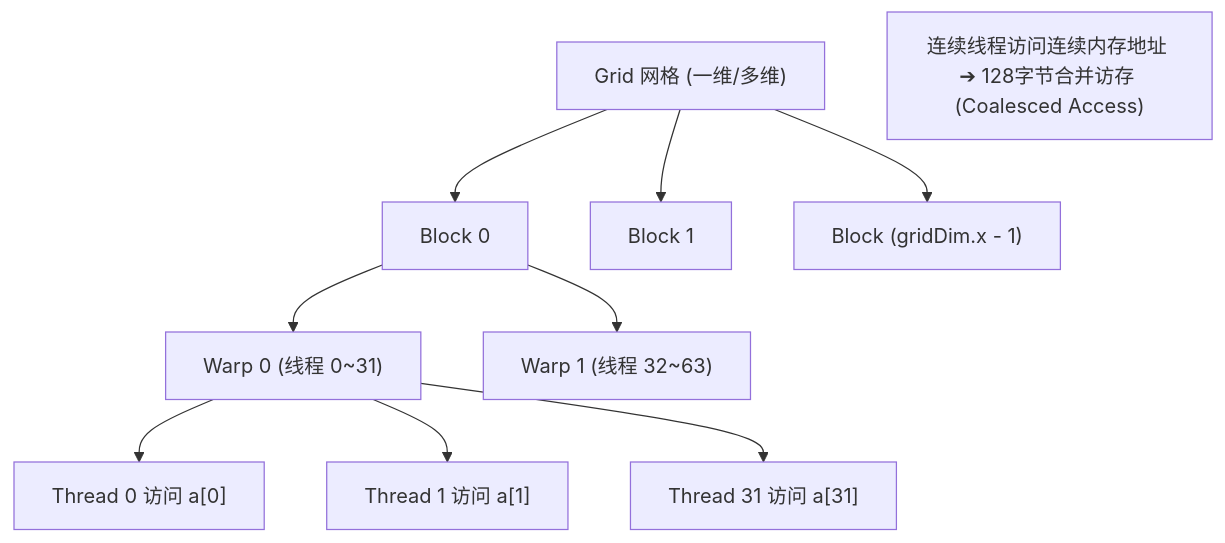
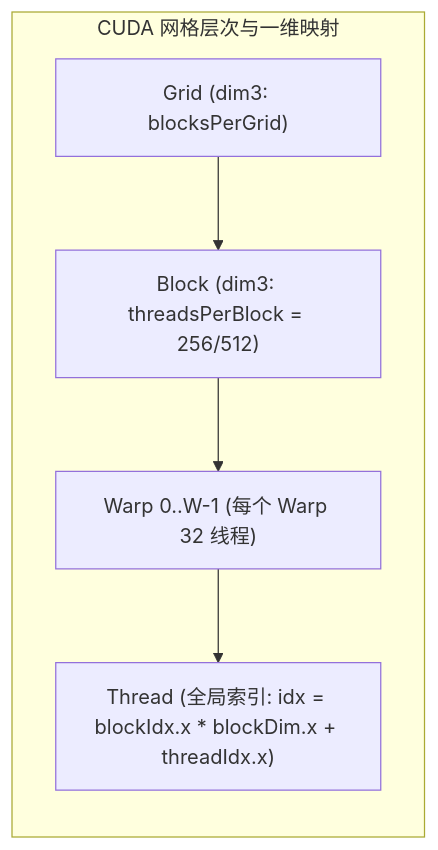
Before and after one commit to hsthanb4/hpclearning: the first of 2 diagrams in cuda/lesson01_vector_add.qmd, drawn with Mermaid. The commit also changed other lines of this file and 89 other files, not shown here.

Commit message:
style(docs): relocate images and diagrams adjacent to their textual references across all lessons

````diff
--- a/cuda/lesson01_vector_add.qmd
+++ b/cuda/lesson01_vector_add.qmd
@@ -30,12 +43,9 @@
 ```{mermaid}
-flowchart TD
-    Grid["Grid 网格 (一维/多维)"] --> Block0["Block 0"]
-    Grid --> Block1["Block 1"]
-    Grid --> BlockN["Block (gridDim.x - 1)"]
-    Block0 --> Warp0["Warp 0 (线程 0~31)"]
-    Block0 --> Warp1["Warp 1 (线程 32~63)"]
-    Warp0 --> T0["Thread 0 访问 a[0]"]
-    Warp0 --> T1["Thread 1 访问 a[1]"]
-    Warp0 --> T31["Thread 31 访问 a[31]"]
-    Note["连续线程访问连续内存地址 ➔ 128字节合并访存 (Coalesced Access)"]
+flowchart LR
+    subgraph Grid["CUDA 网格层次与一维映射"]
+        direction TB
+        G["Grid (dim3: blocksPerGrid)"] --> B["Block (dim3: threadsPerBlock = 256/512)"]
+        B --> W["Warp 0..W-1 (每个 Warp 32 线程)"]
+        W --> T["Thread (全局索引: idx = blockIdx.x * blockDim.x + threadIdx.x)"]
+    end
 ```
````
